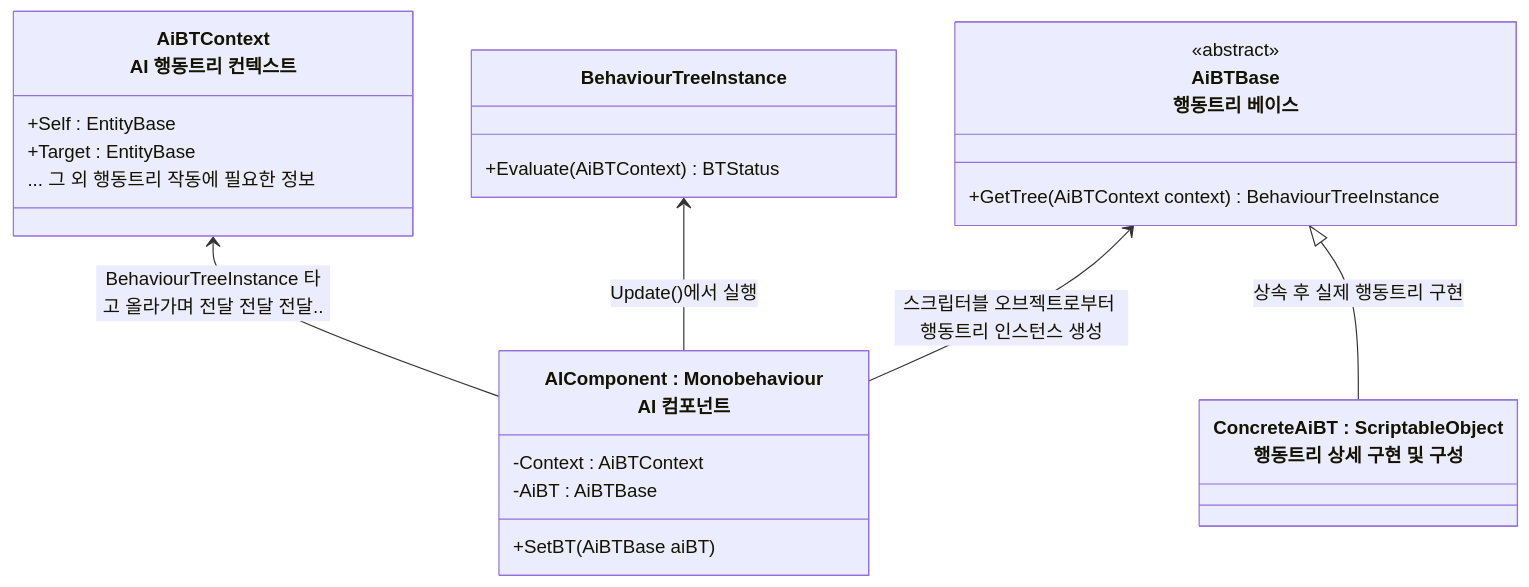
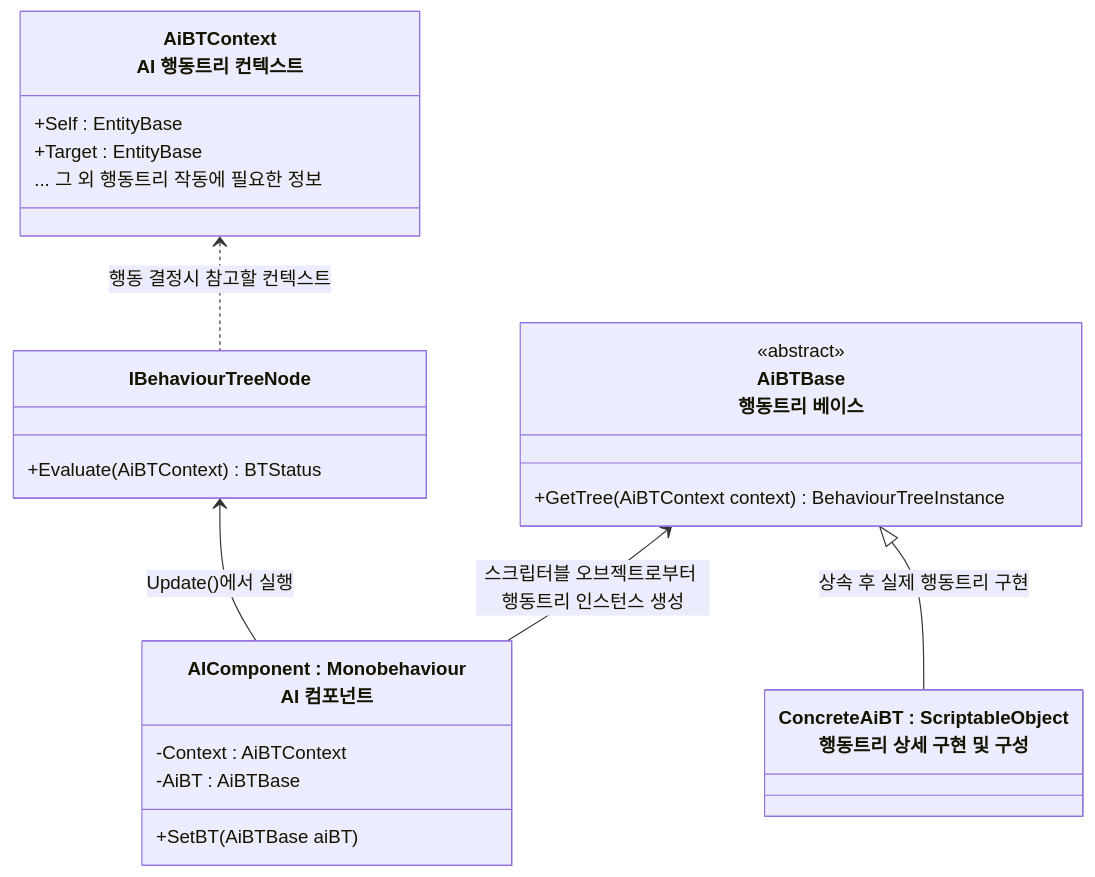
Before and after one commit to JIN5EOK/DungeonShooter: the diagram in README/행동트리_설계.md, drawn with Mermaid. The commit also changed 5 other files, not shown here.

````diff
--- a/README/행동트리_설계.md
+++ b/README/행동트리_설계.md
@@ -7,31 +7,31 @@
 ```mermaid
 classDiagram
     class AiBTContext["AiBTContext<br>AI 행동트리 컨텍스트"]{
         +Self : EntityBase
         +Target : EntityBase
         ... 그 외 행동트리 작동에 필요한 정보
     }
 
     class AiBTBase["AiBTBase<br>행동트리 베이스"]{
         <<abstract>>
         +GetTree(AiBTContext context) BehaviourTreeInstance
     }
 
     class ConcreteAiBT["ConcreteAiBT : ScriptableObject<br>행동트리 상세 구현 및 구성"]{
         
     }
 
-    class BehaviourTreeInstance{
+    class IBehaviourTreeNode{
         +Evaluate(AiBTContext) BTStatus
     }
 
     class AIComponent["AIComponent : Monobehaviour<br>AI 컴포넌트"]{
         -Context : AiBTContext
         -AiBT : AiBTBase
         +SetBT(AiBTBase aiBT)
     }
-    AiBTContext <-- AIComponent : BehaviourTreeInstance 타고 올라가며 전달 전달 전달..
-    BehaviourTreeInstance <-- AIComponent : Update()에서 실행
+    AiBTContext <.. IBehaviourTreeNode : 행동 결정시 참고할 컨텍스트
+    IBehaviourTreeNode <-- AIComponent : Update()에서 실행
     AiBTBase <|-- ConcreteAiBT : 상속 후 실제 행동트리 구현
     AiBTBase <-- AIComponent : 스크립터블 오브젝트로부터 행동트리 인스턴스 생성
 ```
````
